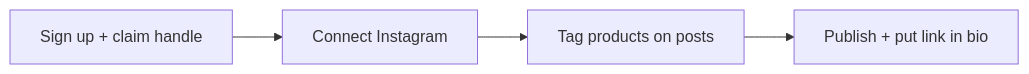
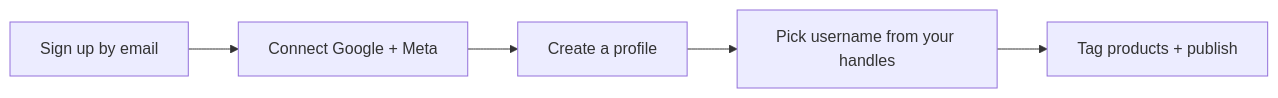
Before and after one commit to iam-hussain/plugfolio: the second of 3 diagrams in plugfolio-lean-journey.md, drawn with Mermaid. The commit also changed other lines of this file and 4 other files, not shown here.

````diff
--- a/plugfolio-lean-journey.md
+++ b/plugfolio-lean-journey.md
@@ -58,6 +58,7 @@
 ```mermaid
 flowchart LR
-    A[Sign up + claim handle] --> B[Connect Instagram]
-    B --> C[Tag products on posts]
-    C --> D[Publish + put link in bio]
+    A[Sign up by email] --> B[Connect Google + Meta]
+    B --> C[Create a profile]
+    C --> D[Pick username from your handles]
+    D --> E[Tag products + publish]
 ```
````
